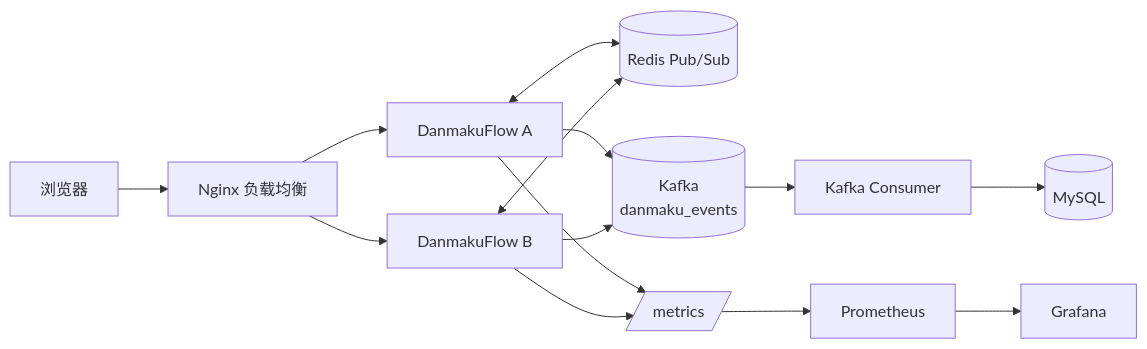
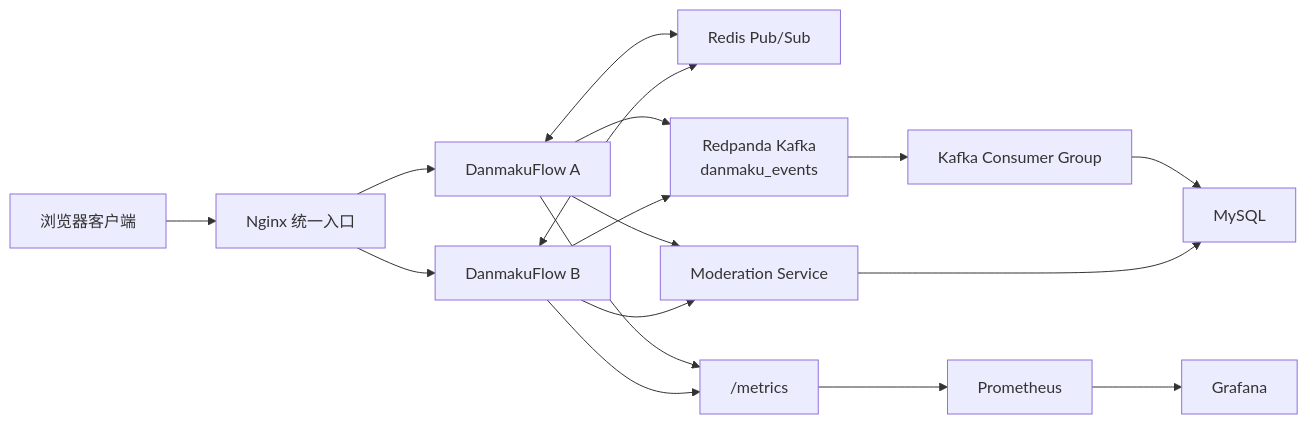
One commit to 1012-Penn/DanmakuFlow changed the first of 3 diagrams in README.md. Above: the diagram before and after it, drawn with Mermaid. The commit also changed other lines of this file, not shown here.

````diff
--- a/README.md
+++ b/README.md
@@ -7,15 +40,23 @@
 ```mermaid
 flowchart LR
-    Client[浏览器] --> Nginx[Nginx 负载均衡]
-    Nginx --> A[DanmakuFlow A]
-    Nginx --> B[DanmakuFlow B]
-    A <--> Redis[(Redis Pub/Sub)]
-    B <--> Redis
-    A --> Kafka[(Kafka<br/>danmaku_events)]
-    B --> Kafka
-    Kafka --> Consumer[Kafka Consumer]
-    Consumer --> MySQL[(MySQL)]
-    A --> Metrics[/metrics/]
-    B --> Metrics
-    Metrics --> Prometheus[Prometheus] --> Grafana[Grafana]
+    Client["浏览器客户端"] --> Nginx["Nginx 统一入口"]
+    Nginx --> AppA["DanmakuFlow A"]
+    Nginx --> AppB["DanmakuFlow B"]
+
+    AppA <--> Redis["Redis Pub/Sub"]
+    AppB <--> Redis
+
+    AppA --> Kafka["Redpanda Kafka<br/>danmaku_events"]
+    AppB --> Kafka
+    Kafka --> Consumer["Kafka Consumer Group"]
+    Consumer --> MySQL["MySQL"]
+
+    AppA --> Metrics["/metrics"]
+    AppB --> Metrics
+    Metrics --> Prometheus["Prometheus"]
+    Prometheus --> Grafana["Grafana"]
+
+    AppA --> Moderation["Moderation Service"]
+    AppB --> Moderation
+    Moderation --> MySQL
 ```
````
